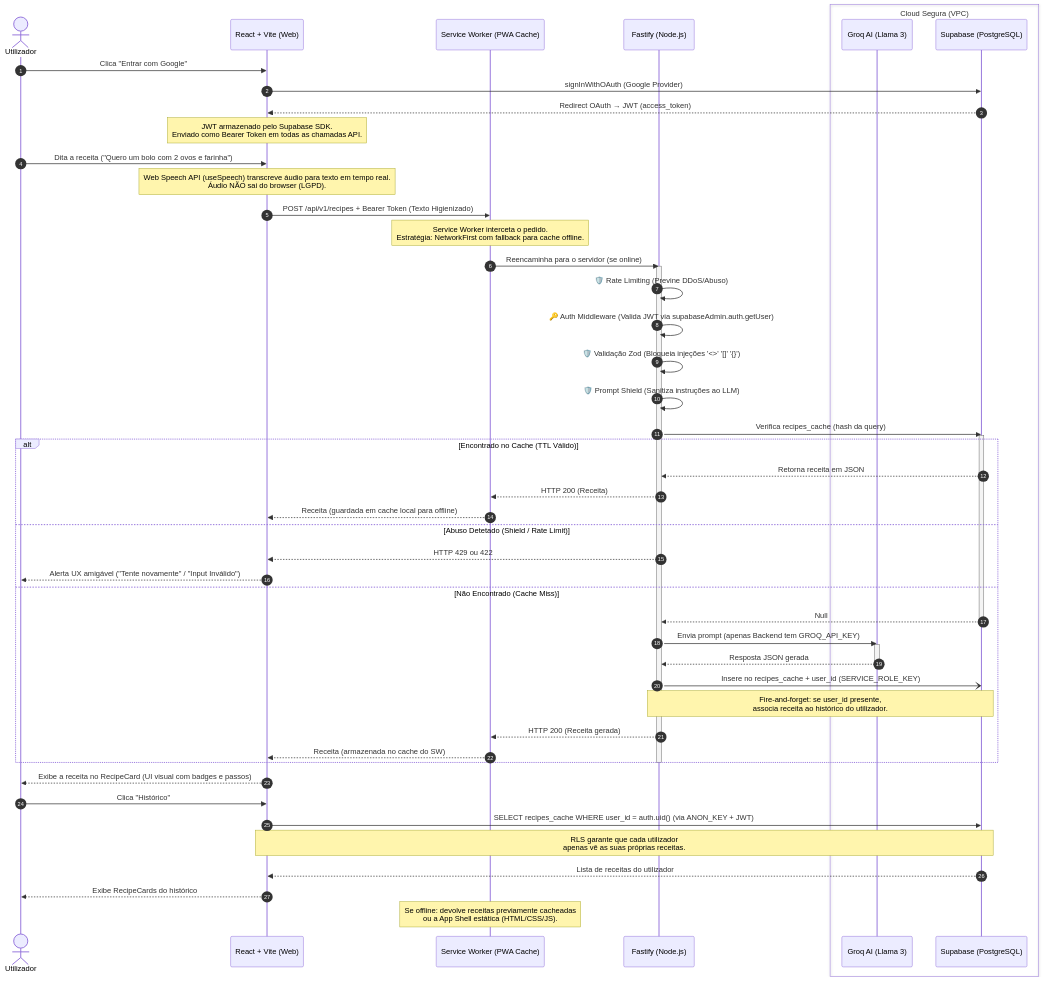
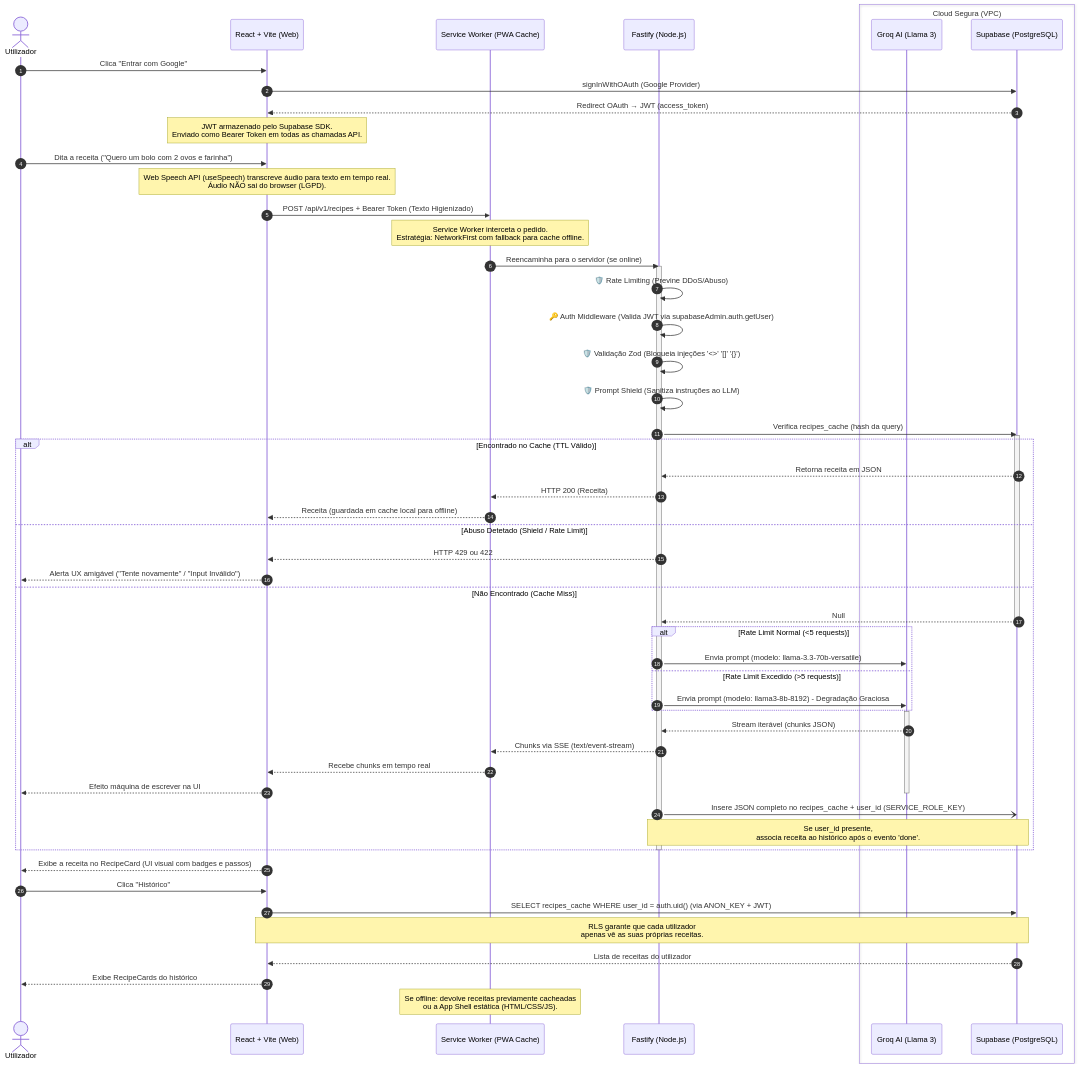
The diagram in docs/arquitetura.md (davydsonmr1/fastcook), drawn with Mermaid before and after one commit. The commit also changed 8 other files, not shown here.

Commit message:
feat: implementação de groq streaming sse e degradação graciosa de modelo

```diff
--- a/docs/arquitetura.md
+++ b/docs/arquitetura.md
@@ -56,19 +56,24 @@
         Supabase-->>Backend: Null
         deactivate Supabase
         
-        %% Passo 5: LLM (com chave secreta do Backend)
-        Backend->>Groq: Envia prompt (apenas Backend tem GROQ_API_KEY)
+        %% Passo 5: LLM Stream & Degradação Graciosa
+        alt Rate Limit Normal (<5 requests)
+           Backend->>Groq: Envia prompt (modelo: llama-3.3-70b-versatile)
+        else Rate Limit Excedido (>5 requests)
+           Backend->>Groq: Envia prompt (modelo: llama3-8b-8192) - Degradação Graciosa
+        end
         activate Groq
-        Groq-->>Backend: Resposta JSON gerada
+        
+        %% Passo 6: Server-Sent Events (SSE) Streaming
+        Groq-->>Backend: Stream iterável (chunks JSON)
+        Backend-->>SW: Chunks via SSE (text/event-stream)
+        SW-->>Frontend: Recebe chunks em tempo real
+        Frontend-->>Utilizador: Efeito máquina de escrever na UI
         deactivate Groq
         
-        %% Passo 6: Guardar no Histórico (Assíncrono, se autenticado)
-        Backend-)Supabase: Insere no recipes_cache + user_id (SERVICE_ROLE_KEY)
-        note over Backend,Supabase: Fire-and-forget: se user_id presente,<br/>associa receita ao histórico do utilizador.
-        
-        %% Passo 7: Resposta
-        Backend-->>SW: HTTP 200 (Receita gerada)
-        SW-->>Frontend: Receita (armazenada no cache do SW)
+        %% Passo 7: Guardar no Histórico (No final do Stream)
+        Backend-)Supabase: Insere JSON completo no recipes_cache + user_id (SERVICE_ROLE_KEY)
+        note over Backend,Supabase: Se user_id presente,<br/>associa receita ao histórico após o evento 'done'.
     end
     deactivate Backend
     
```
